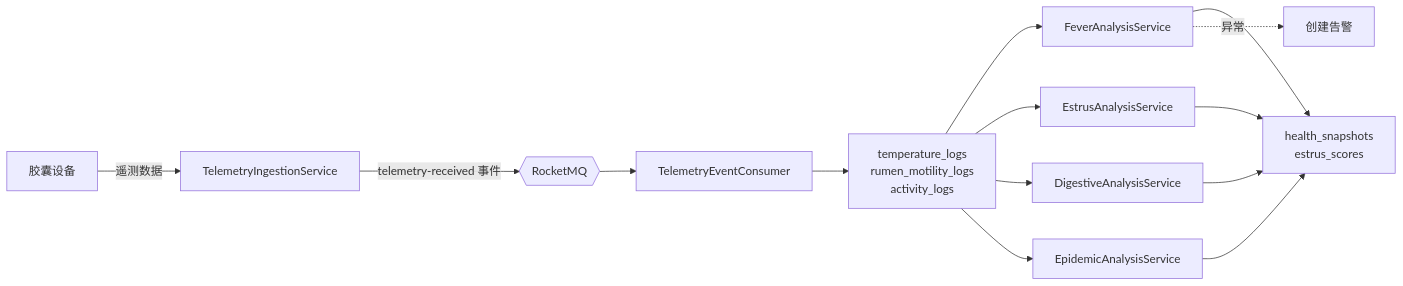
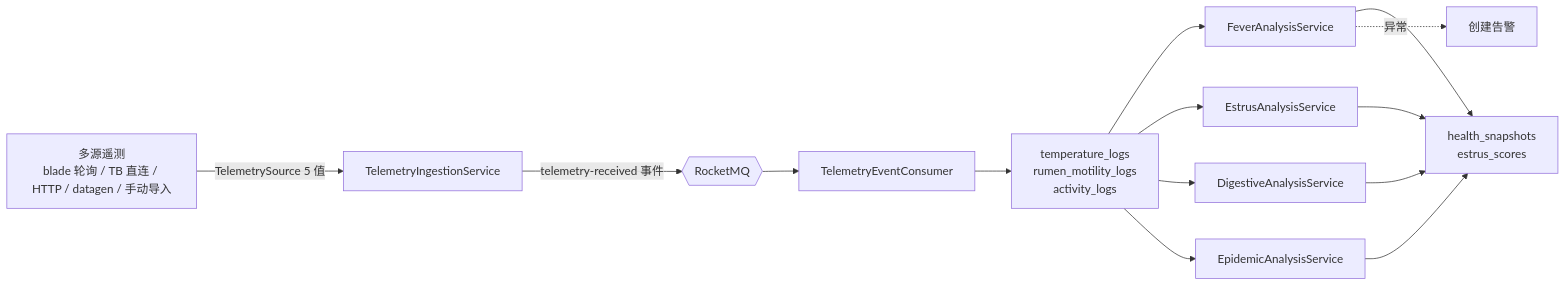
One commit to aime4eve/smart-livestock changed the third of 17 diagrams in docs/product/system-architecture.md. Above: the diagram before and after it, drawn with Mermaid. The commit also changed other lines of this file and 6 other files, not shown here.

````diff
--- a/docs/product/system-architecture.md
+++ b/docs/product/system-architecture.md
@@ -174,13 +194,13 @@
 ```mermaid
 flowchart LR
-    CAP["胶囊设备"] -->|"遥测数据"| INGEST["TelemetryIngestionService"]
+    SRC["多源遥测<br/>blade 轮询 / TB 直连 / HTTP / datagen / 手动导入"] -->|"TelemetrySource 5 值"| INGEST["TelemetryIngestionService"]
     INGEST -->|"telemetry-received 事件"| MQ{{RocketMQ}}
     MQ --> CONSUMER["TelemetryEventConsumer"]
     CONSUMER --> TL["temperature_logs<br/>rumen_motility_logs<br/>activity_logs"]
     TL --> FA["FeverAnalysisService"]
     TL --> EA["EstrusAnalysisService"]
     TL --> DA["DigestiveAnalysisService"]
     TL --> EP["EpidemicAnalysisService"]
     FA & EA & DA & EP --> HS["health_snapshots<br/>estrus_scores"]
     FA -.异常.-> ALERT["创建告警"]
 ```
````
